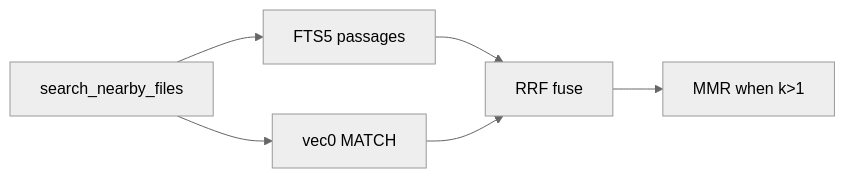
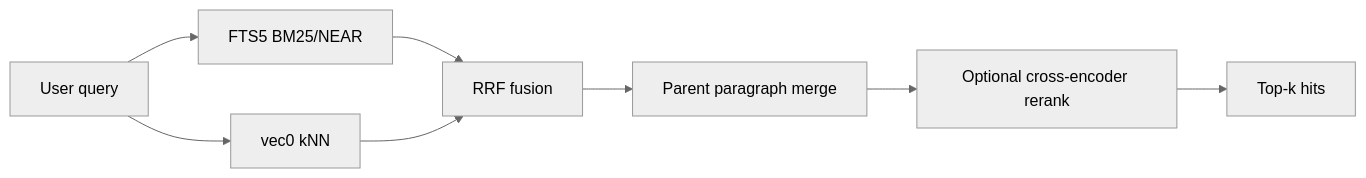
One commit to KeithCu/writeragent changed the second of 3 diagrams in docs/embeddings.md. Above: the diagram before and after it, drawn with Mermaid (neutral theme). The commit also changed other lines of this file and 1 other file, not shown here.

````diff
--- a/docs/embeddings.md
+++ b/docs/embeddings.md
@@ -715,13 +184,17 @@
 ```mermaid
 flowchart LR
-  Query["search_nearby_files"]
-  FTS["FTS5 passages"]
-  Vec["vec0 MATCH"]
-  RRF["RRF fuse"]
-  MMR["MMR when k>1"]
+  Query[User query]
+  FTS[FTS5 BM25/NEAR]
+  Vec[vec0 kNN]
+  RRF[RRF fusion]
+  Parent[Parent paragraph merge]
+  Rerank[Optional cross-encoder rerank]
+  Hits[Top-k hits]
   Query --> FTS
   Query --> Vec
   FTS --> RRF
   Vec --> RRF
-  RRF --> MMR
+  RRF --> Parent
+  Parent --> Rerank
+  Rerank --> Hits
 ```
````
